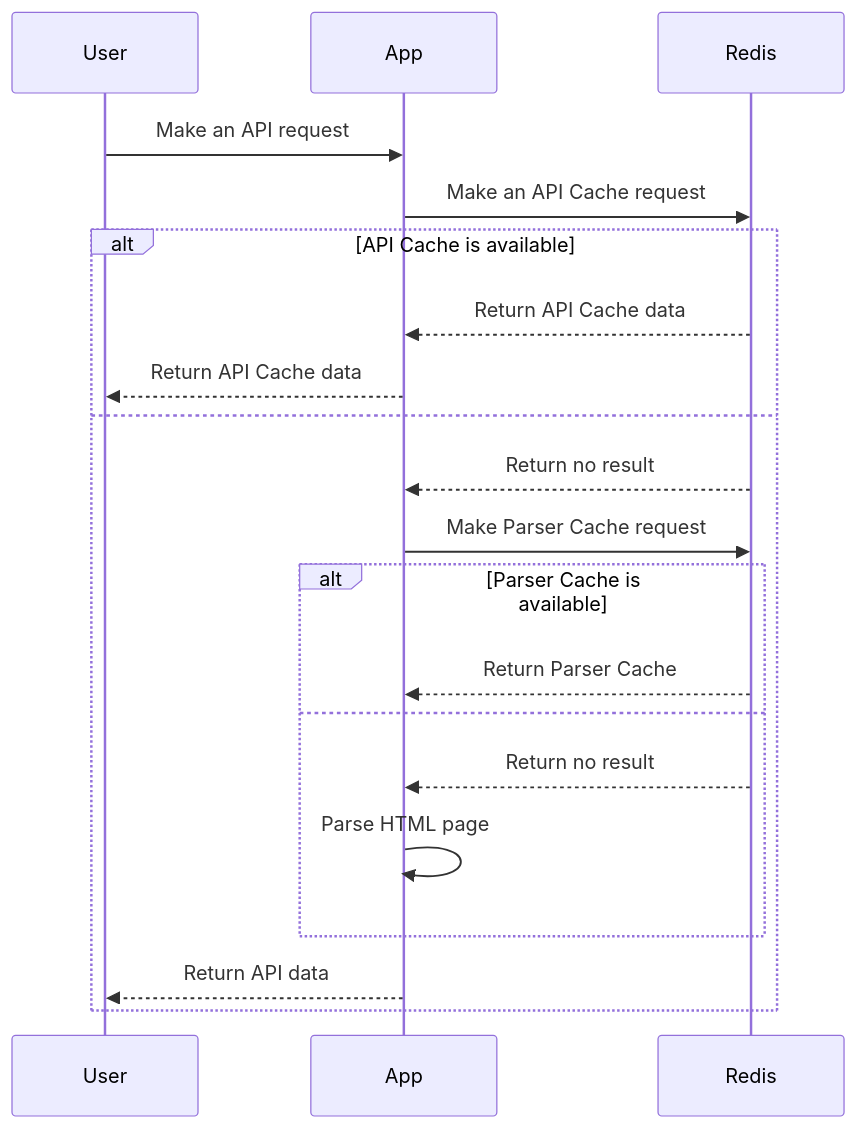
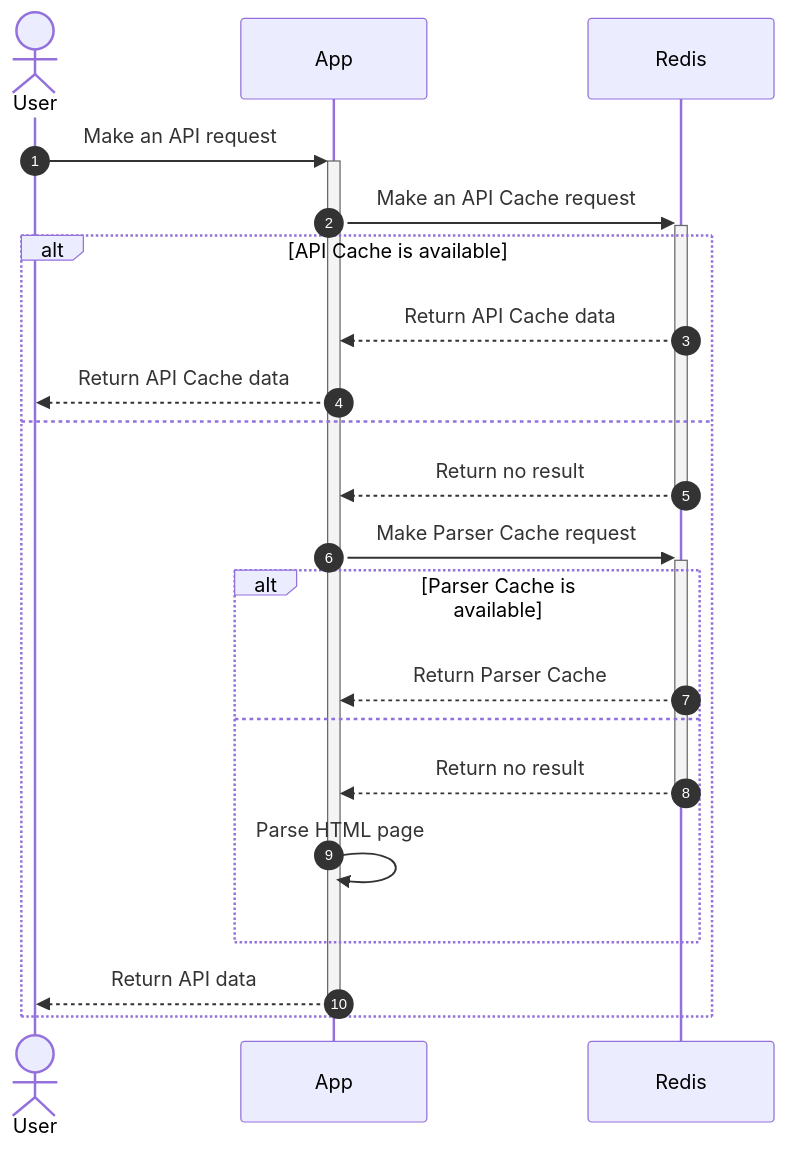
The second of 3 diagrams in README.md (TeKrop/overfast-api), drawn with Mermaid before and after one commit. The commit also changed other lines of this file, not shown here.

Commit message:
Update Mermaid diagrams

````diff
--- a/README.md
+++ b/README.md
@@ -208,20 +213,23 @@
 ```mermaid
 sequenceDiagram
-    participant User
-    User->>App: Make an API request
-    App->>Redis: Make an API Cache request
+    autonumber
+    actor User
+    participant App
+    participant Redis
+    User->>+App: Make an API request
+    App->>+Redis: Make an API Cache request
     alt API Cache is available
         Redis-->>App: Return API Cache data
         App-->>User: Return API Cache data
     else
-        Redis-->>App: Return no result
-        App->>Redis: Make Parser Cache request
+        Redis-->>-App: Return no result
+        App->>+Redis: Make Parser Cache request
         alt Parser Cache is available
             Redis-->>App: Return Parser Cache
         else
-            Redis-->>App: Return no result
+            Redis-->>-App: Return no result
             App->>App: Parse HTML page
         end
-        App-->>User: Return API data
+        App-->>-User: Return API data
     end
 ```
````
